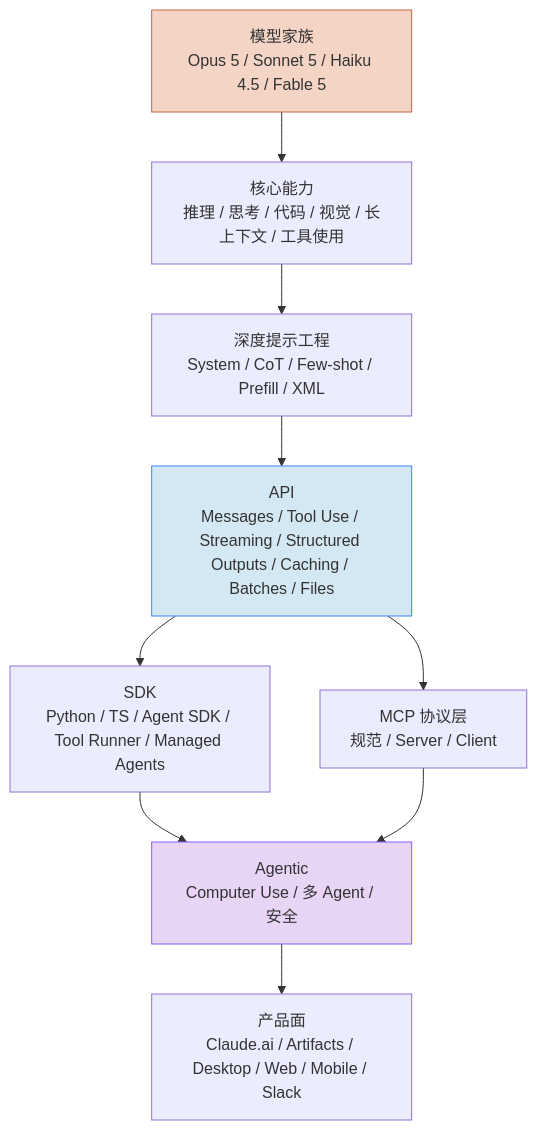
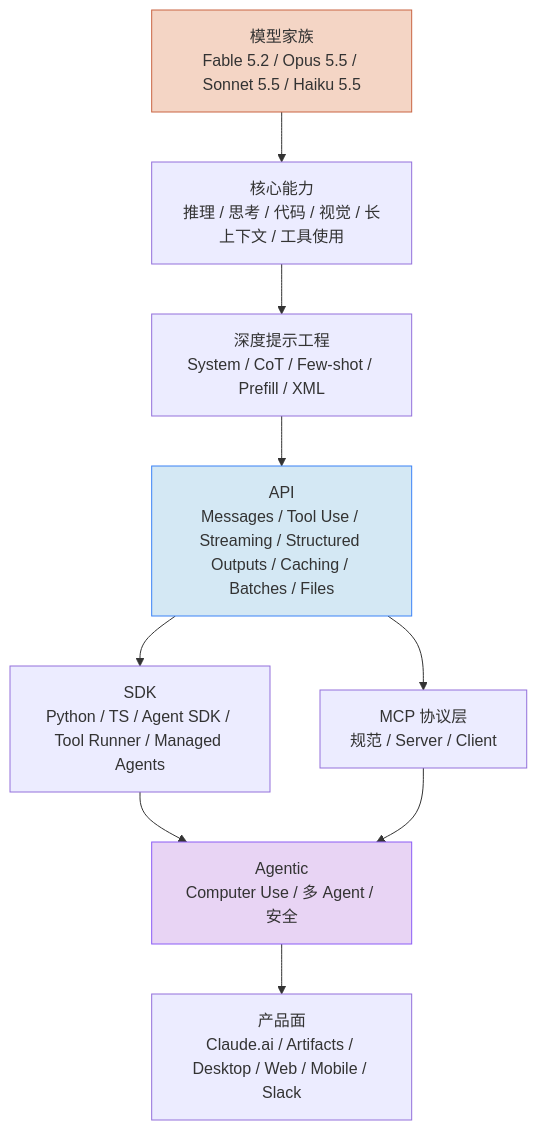
Before and after one commit to dukegod/ai-handbook: the diagram in claude-capabilities/index.md, drawn with Mermaid. The commit also changed other lines of this file and 10 other files, not shown here.

````diff
--- a/claude-capabilities/index.md
+++ b/claude-capabilities/index.md
@@ -24,15 +24,15 @@
 ```mermaid
 flowchart TD
-  A[模型家族<br/>Opus 5 / Sonnet 5 / Haiku 4.5 / Fable 5] --> B[核心能力<br/>推理 / 思考 / 代码 / 视觉 / 长上下文 / 工具使用]
+  A[模型家族<br/>Fable 5.2 / Opus 5.5 / Sonnet 5.5 / Haiku 5.5] --> B[核心能力<br/>推理 / 思考 / 代码 / 视觉 / 长上下文 / 工具使用]
   B --> C[深度提示工程<br/>System / CoT / Few-shot / Prefill / XML]
   C --> D[API<br/>Messages / Tool Use / Streaming / Structured Outputs / Caching / Batches / Files]
   D --> E[SDK<br/>Python / TS / Agent SDK / Tool Runner / Managed Agents]
   D --> F[MCP 协议层<br/>规范 / Server / Client]
   E --> G[Agentic<br/>Computer Use / 多 Agent / 安全]
   F --> G
   G --> H[产品面<br/>Claude.ai / Artifacts / Desktop / Web / Mobile / Slack]
 
   style A fill:#f4d5c5,stroke:#c96442
   style D fill:#d4e8f4,stroke:#3b82f6
   style G fill:#e8d4f4,stroke:#8b5cf6
 ```
````
